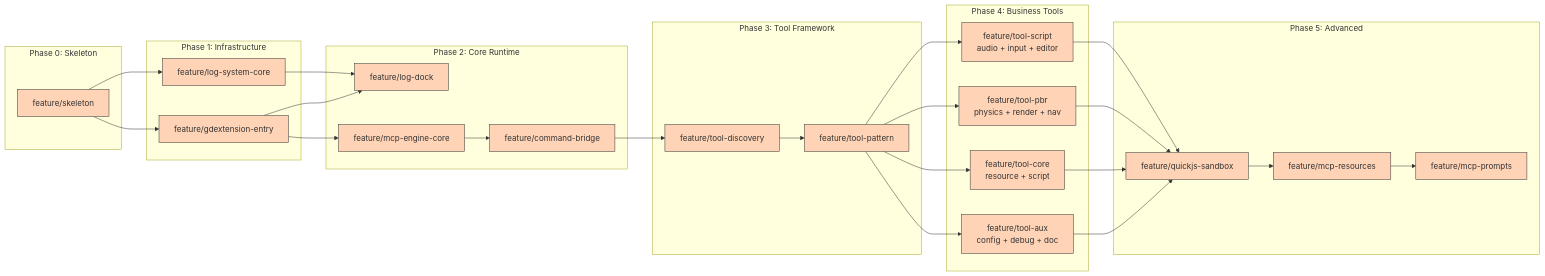
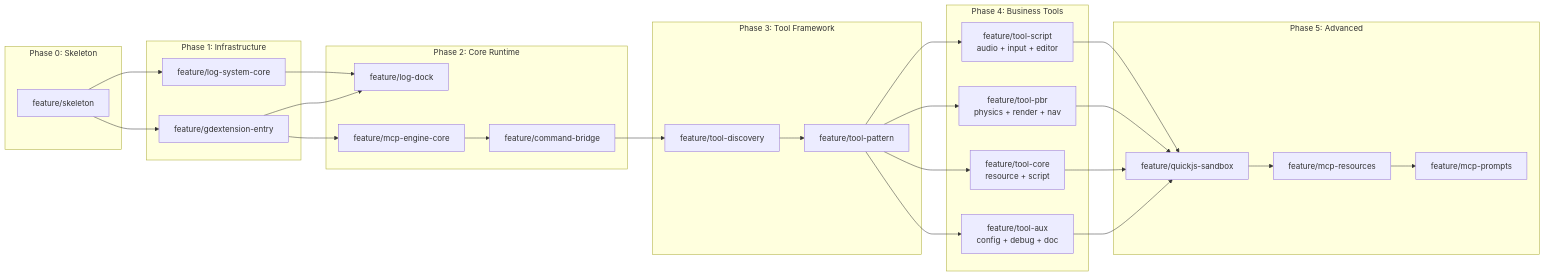
One commit to jesspig/Godot-Autopilot changed the diagram in AGENTS.md. Above: the diagram before and after it, drawn with Mermaid. The commit also changed other lines of this file, not shown here.

````diff
--- a/AGENTS.md
+++ b/AGENTS.md
@@ -242,59 +230,43 @@
 ```mermaid
 flowchart LR
     subgraph Phase0[Phase 0: Skeleton]
         sk[feature/skeleton]
     end
     subgraph Phase1[Phase 1: Infrastructure]
         ge[feature/gdextension-entry]
         lsc[feature/log-system-core]
     end
     subgraph Phase2[Phase 2: Core Runtime]
         ld[feature/log-dock]
         mec[feature/mcp-engine-core]
         cb[feature/command-bridge]
     end
     subgraph Phase3[Phase 3: Tool Framework]
         td[feature/tool-discovery]
         tp[feature/tool-pattern]
     end
     subgraph Phase4[Phase 4: Business Tools]
         tc[feature/tool-core<br/>resource + script]
         tpbr[feature/tool-pbr<br/>physics + render + nav]
         ts[feature/tool-script<br/>audio + input + editor]
         ta[feature/tool-aux<br/>config + debug + doc]
     end
     subgraph Phase5[Phase 5: Advanced]
         qjs[feature/quickjs-sandbox]
         mres[feature/mcp-resources]
         mp[feature/mcp-prompts]
     end
     sk --> ge & lsc
     ge --> ld & mec
     lsc --> ld
     mec --> cb
     cb --> td
     td --> tp
     tp --> tc & tpbr & ts & ta
     ta --> qjs
     tc --> qjs
     tpbr --> qjs
     ts --> qjs
     qjs --> mres
     mres --> mp
-
-    style sk fill:#ffd3b6,stroke:#333
-    style ge fill:#ffd3b6,stroke:#333
-    style lsc fill:#ffd3b6,stroke:#333
-    style ld fill:#ffd3b6,stroke:#333
-    style mec fill:#ffd3b6,stroke:#333
-    style cb fill:#ffd3b6,stroke:#333
-    style td fill:#ffd3b6,stroke:#333
-    style tp fill:#ffd3b6,stroke:#333
-    style tc fill:#ffd3b6,stroke:#333
-    style tpbr fill:#ffd3b6,stroke:#333
-    style ts fill:#ffd3b6,stroke:#333
-    style ta fill:#ffd3b6,stroke:#333
-    style qjs fill:#ffd3b6,stroke:#333
-    style mres fill:#ffd3b6,stroke:#333
-    style mp fill:#ffd3b6,stroke:#333
 ```
````
